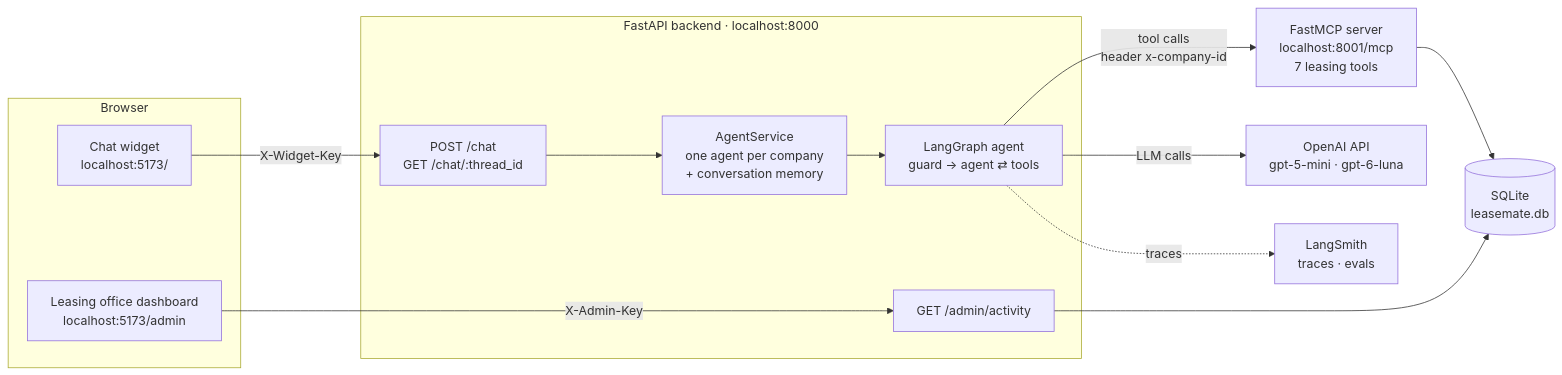
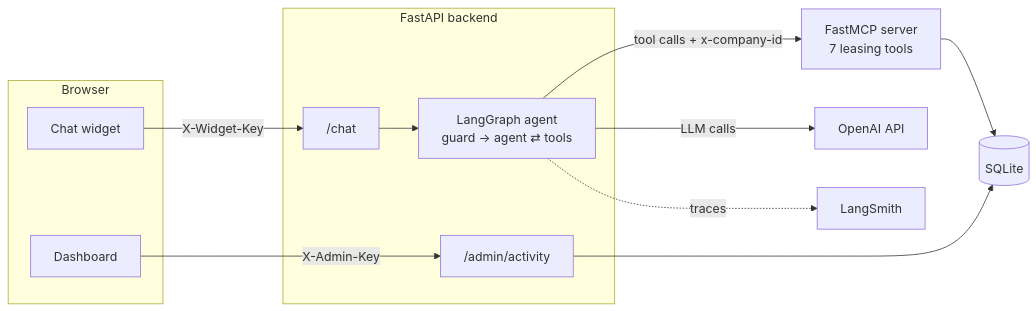
Before and after one commit to PrasadThorve/leasemate: the first of 4 diagrams in README.md, drawn with Mermaid. The commit also changed other lines of this file, not shown here.

````diff
--- a/README.md
+++ b/README.md
@@ -103,28 +164,27 @@
 ```mermaid
 flowchart LR
     subgraph Browser
-        W["Chat widget<br/>localhost:5173/"]
-        D["Leasing office dashboard<br/>localhost:5173/admin"]
+        W["Chat widget"]
+        D["Dashboard"]
     end
 
-    subgraph API["FastAPI backend · localhost:8000"]
-        C["POST /chat<br/>GET /chat/:thread_id"]
-        AD["GET /admin/activity"]
-        S["AgentService<br/>one agent per company<br/>+ conversation memory"]
+    subgraph API["FastAPI backend"]
+        C["/chat"]
+        AD["/admin/activity"]
         G["LangGraph agent<br/>guard → agent ⇄ tools"]
     end
 
-    M["FastMCP server<br/>localhost:8001/mcp<br/>7 leasing tools"]
-    DB[("SQLite<br/>leasemate.db")]
-    O["OpenAI API<br/>gpt-5-mini · gpt-6-luna"]
-    L["LangSmith<br/>traces · evals"]
+    M["FastMCP server<br/>7 leasing tools"]
+    DB[("SQLite")]
+    O["OpenAI API"]
+    L["LangSmith"]
 
     W -- "X-Widget-Key" --> C
     D -- "X-Admin-Key" --> AD
-    C --> S --> G
+    C --> G
     G -- "LLM calls" --> O
-    G -- "tool calls<br/>header x-company-id" --> M
+    G -- "tool calls + x-company-id" --> M
     M --> DB
     AD --> DB
     G -. "traces" .-> L
 ```
````
